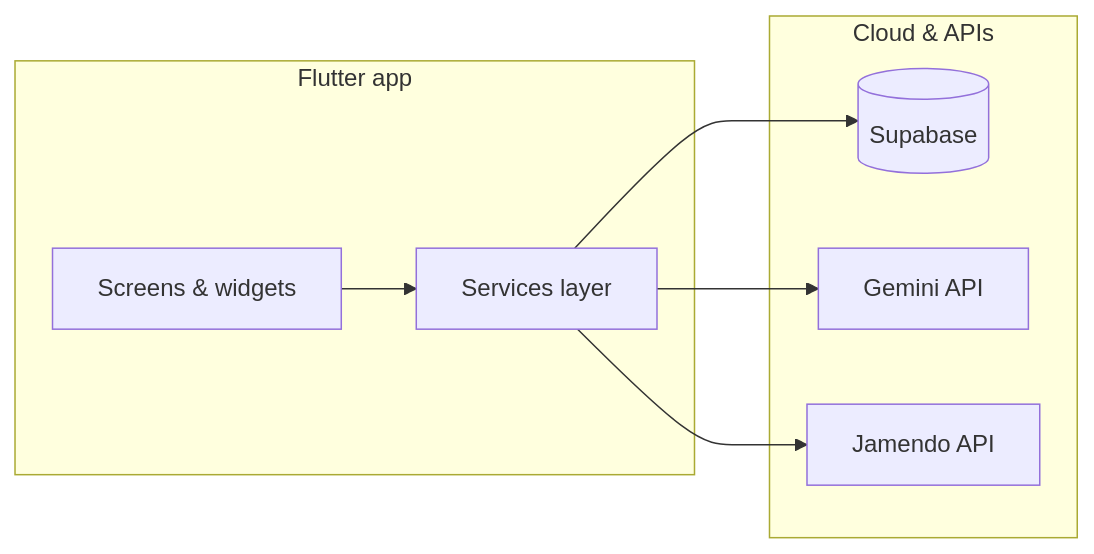
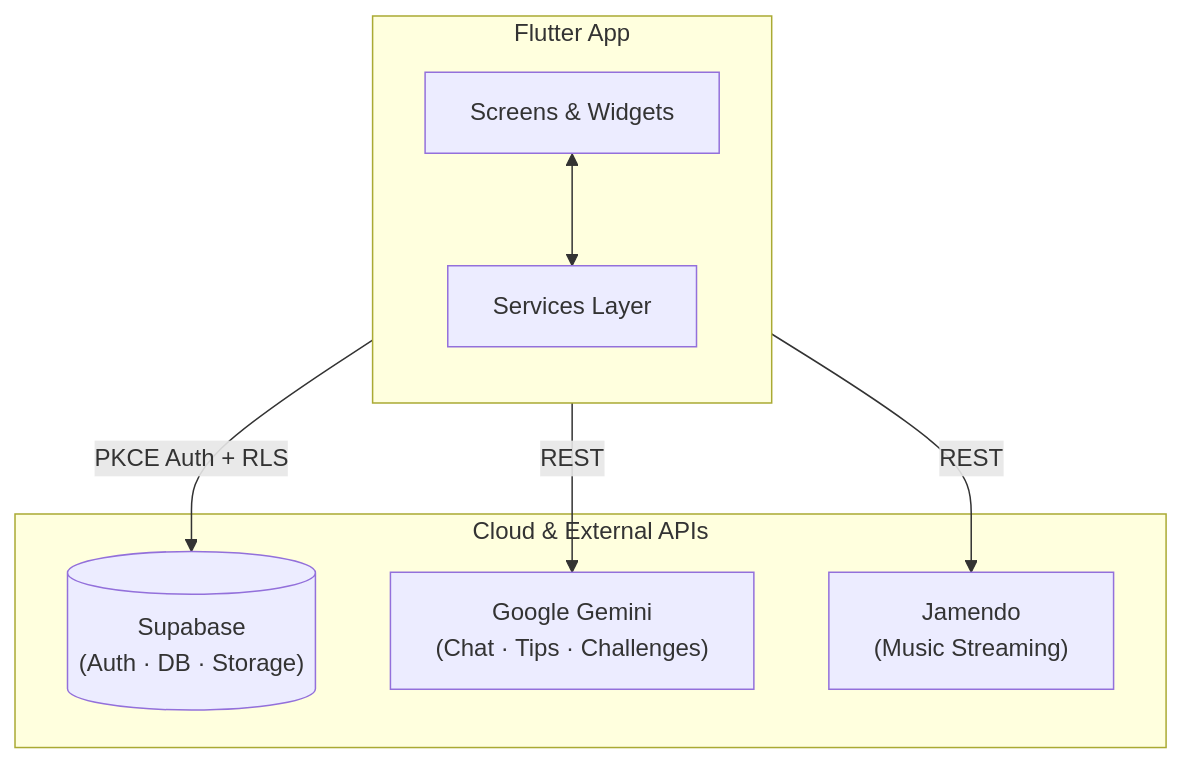
Before and after one commit to Gimhani03/Examination-Stress-Recovery-App: the diagram in README.md, drawn with Mermaid. The commit also changed other lines of this file, not shown here.

````diff
--- a/README.md
+++ b/README.md
@@ -157,18 +302,19 @@
 ```mermaid
-flowchart LR
-  subgraph Client["Flutter app"]
-    UI[Screens & widgets]
-    SVC[Services layer]
-    UI --> SVC
-  end
+flowchart TD
+    subgraph App["Flutter App"]
+        direction TB
+        UI["Screens & Widgets"]
+        SVC["Services Layer"]
+        UI <--> SVC
+    end
 
-  subgraph Cloud["Cloud & APIs"]
-    SB[(Supabase)]
-    GEM[Gemini API]
-    JAM[Jamendo API]
-  end
+    subgraph Cloud["Cloud & External APIs"]
+        SB[("Supabase\n(Auth · DB · Storage)")]
+        GEM["Google Gemini\n(Chat · Tips · Challenges)"]
+        JAM["Jamendo\n(Music Streaming)"]
+    end
 
-  SVC --> SB
-  SVC --> GEM
-  SVC --> JAM
+    SVC -->|PKCE Auth + RLS| SB
+    SVC -->|REST| GEM
+    SVC -->|REST| JAM
 ```
````
